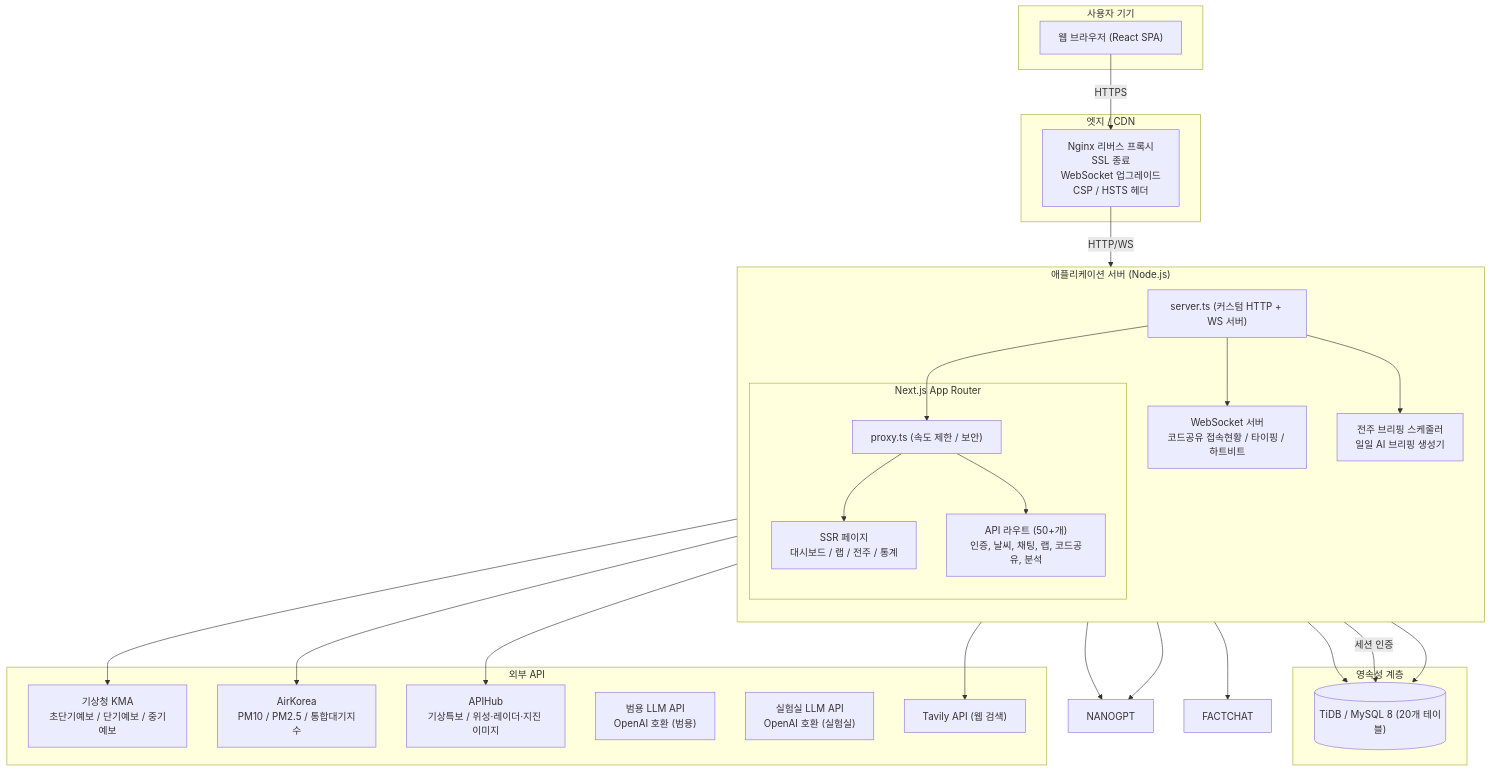
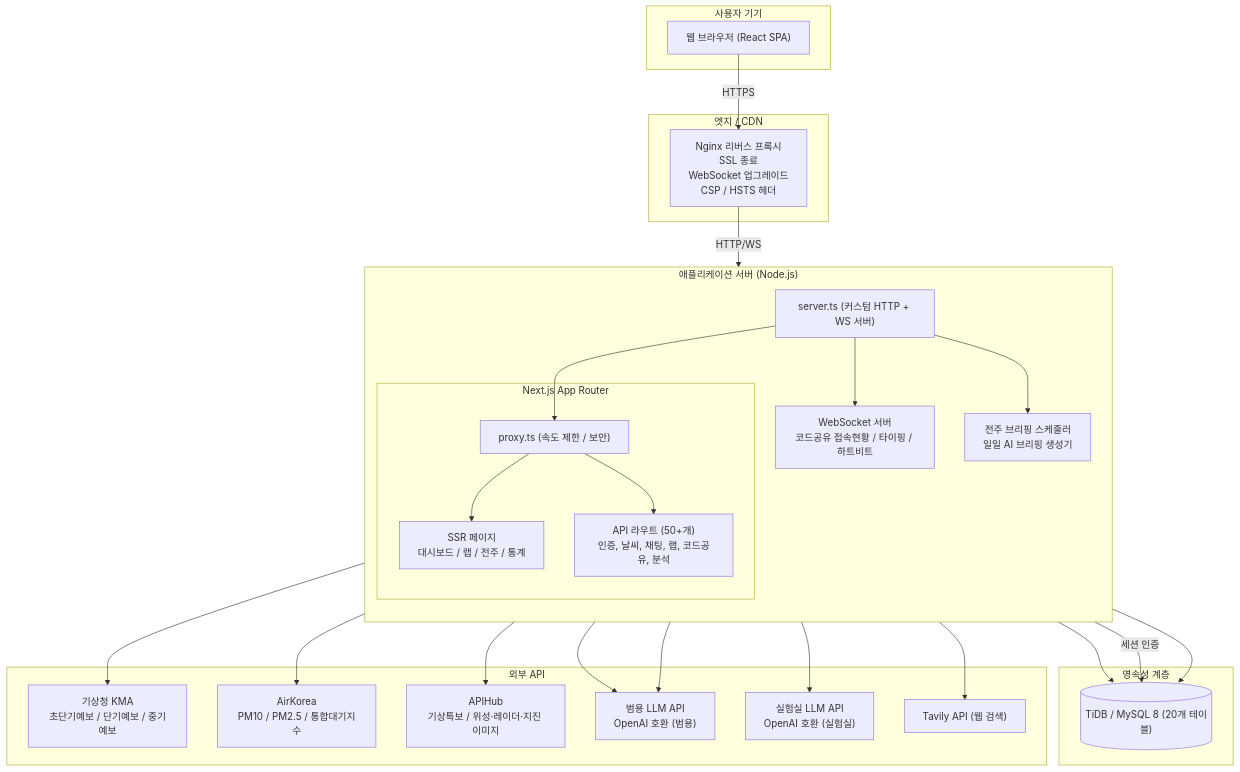
Before and after one commit to kim0040/Nadeulhae: the first of 17 diagrams in docs/ARCHITECTURE_UML_KO.md, drawn with Mermaid. The commit also changed other lines of this file and 3 other files, not shown here.

First line of the commit message:
docs: sync README counts, fix ARCHITECTURE_UML_KO provider names

````diff
--- a/docs/ARCHITECTURE_UML_KO.md
+++ b/docs/ARCHITECTURE_UML_KO.md
@@ -15,57 +15,57 @@
 ```mermaid
 graph TB
     subgraph UserDevice["사용자 기기"]
         BROWSER["웹 브라우저 (React SPA)"]
     end
 
     subgraph EdgeCDN["엣지 / CDN"]
         NGINX["Nginx 리버스 프록시<br/>SSL 종료<br/>WebSocket 업그레이드<br/>CSP / HSTS 헤더"]
     end
 
     subgraph AppServer["애플리케이션 서버 (Node.js)"]
         direction TB
         S_TS["server.ts (커스텀 HTTP + WS 서버)"]
         
         subgraph NextJS["Next.js App Router"]
             MIDDLE["proxy.ts (속도 제한 / 보안)"]
             PAGES["SSR 페이지<br/>대시보드 / 랩 / 전주 / 통계"]
             API["API 라우트 (50+개)<br/>인증, 날씨, 채팅, 랩, 코드공유, 분석"]
         end
 
         WSS["WebSocket 서버<br/>코드공유 접속현황 / 타이핑 / 하트비트"]
         
         SCHEDULER["전주 브리핑 스케줄러<br/>일일 AI 브리핑 생성기"]
 
         S_TS --> MIDDLE
         MIDDLE --> PAGES
         MIDDLE --> API
         S_TS --> WSS
         S_TS --> SCHEDULER
     end
 
     subgraph Persistence["영속성 계층"]
         TIDB[("TiDB / MySQL 8 (20개 테이블)")]
     end
 
     subgraph ExternalAPIs["외부 API"]
         KMA["기상청 KMA<br/>초단기예보 / 단기예보 / 중기예보"]
         AIR["AirKorea<br/>PM10 / PM2.5 / 통합대기지수"]
         APIHUB["APIHub<br/>기상특보 / 위성·레이더·지진 이미지"]
         GENERAL_LLM["범용 LLM API<br/>OpenAI 호환 (범용)"]
         LAB_LLM["실험실 LLM API<br/>OpenAI 호환 (실험실)"]
         TAVILY["Tavily API (웹 검색)"]
     end
 
     BROWSER -- HTTPS --> NGINX
     NGINX -- HTTP/WS --> S_TS
     API --> TIDB
     WSS -- 세션 인증 --> TIDB
     API --> KMA
     API --> AIR
     API --> APIHUB
-    API --> NANOGPT
-    API --> FACTCHAT
+    API --> GENERAL_LLM
+    API --> LAB_LLM
     API --> TAVILY
-    SCHEDULER --> NANOGPT
+    SCHEDULER --> GENERAL_LLM
     SCHEDULER --> TIDB
 ```
````
